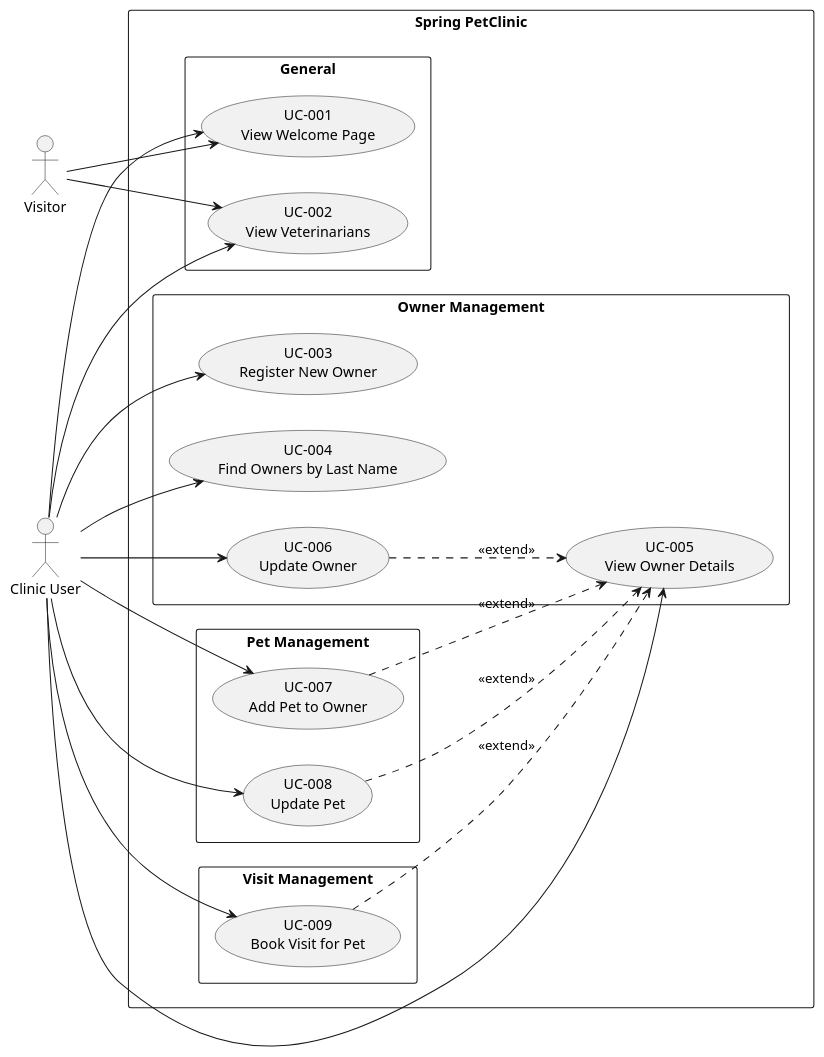
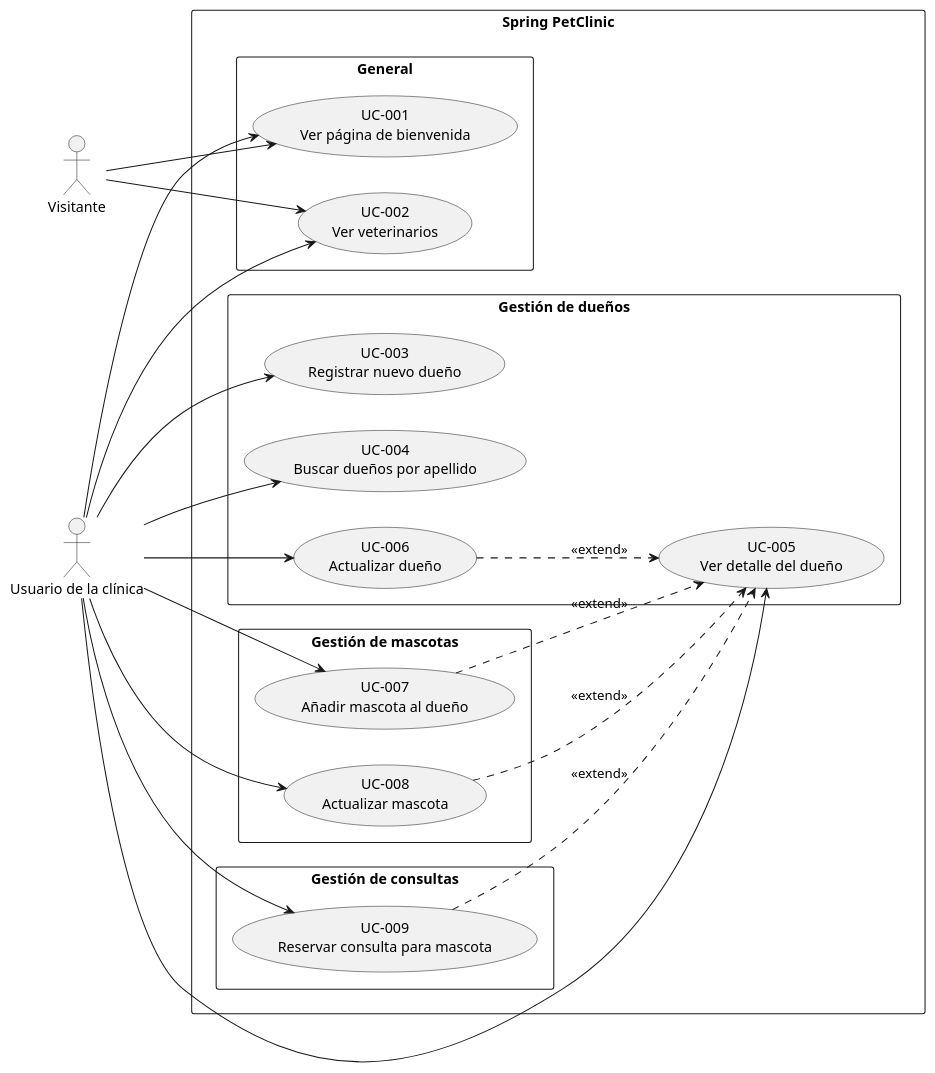
The diagram in docs/use_cases.puml (joedayz/sdd-petclinic), drawn with PlantUML before and after one commit. The commit also changed 5 other files, not shown here.

```diff
--- a/docs/use_cases.puml
+++ b/docs/use_cases.puml
@@ -1,53 +1,53 @@
 @startuml Use Cases Overview
 left to right direction
 skinparam packageStyle rectangle
 
-actor "Visitor" as visitor
-actor "Clinic User" as user
+actor "Visitante" as visitor
+actor "Usuario de la clínica" as user
 
 rectangle "Spring PetClinic" {
 
     package "General" {
-        usecase "UC-001\nView Welcome Page" as UC001
-        usecase "UC-002\nView Veterinarians" as UC002
+        usecase "UC-001\nVer página de bienvenida" as UC001
+        usecase "UC-002\nVer veterinarios" as UC002
     }
 
-    package "Owner Management" {
-        usecase "UC-003\nRegister New Owner" as UC003
-        usecase "UC-004\nFind Owners by Last Name" as UC004
-        usecase "UC-005\nView Owner Details" as UC005
-        usecase "UC-006\nUpdate Owner" as UC006
+    package "Gestión de dueños" {
+        usecase "UC-003\nRegistrar nuevo dueño" as UC003
+        usecase "UC-004\nBuscar dueños por apellido" as UC004
+        usecase "UC-005\nVer detalle del dueño" as UC005
+        usecase "UC-006\nActualizar dueño" as UC006
     }
 
-    package "Pet Management" {
-        usecase "UC-007\nAdd Pet to Owner" as UC007
-        usecase "UC-008\nUpdate Pet" as UC008
+    package "Gestión de mascotas" {
+        usecase "UC-007\nAñadir mascota al dueño" as UC007
+        usecase "UC-008\nActualizar mascota" as UC008
     }
 
-    package "Visit Management" {
-        usecase "UC-009\nBook Visit for Pet" as UC009
+    package "Gestión de consultas" {
+        usecase "UC-009\nReservar consulta para mascota" as UC009
     }
 }
 
-' Visitor — anonymous, read-only access
+' Visitante — acceso anónimo, solo lectura
 visitor --> UC001
 visitor --> UC002
 
-' Clinic User — inherits visitor access plus management use cases
+' Usuario de la clínica — hereda acceso de visitante más casos de gestión
 user --> UC001
 user --> UC002
 user --> UC003
 user --> UC004
 user --> UC005
 user --> UC006
 user --> UC007
 user --> UC008
 user --> UC009
 
-' Relationships
+' Relaciones
 UC007 ..> UC005 : <<extend>>
 UC008 ..> UC005 : <<extend>>
 UC009 ..> UC005 : <<extend>>
 UC006 ..> UC005 : <<extend>>
 
 @enduml
```
